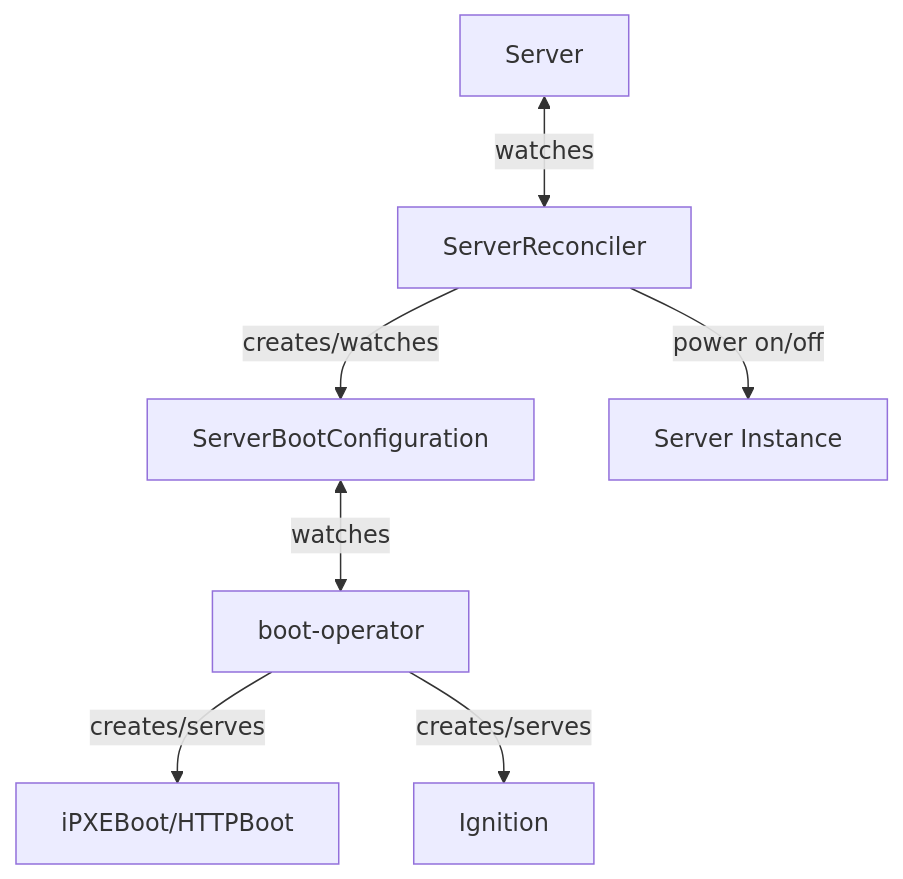
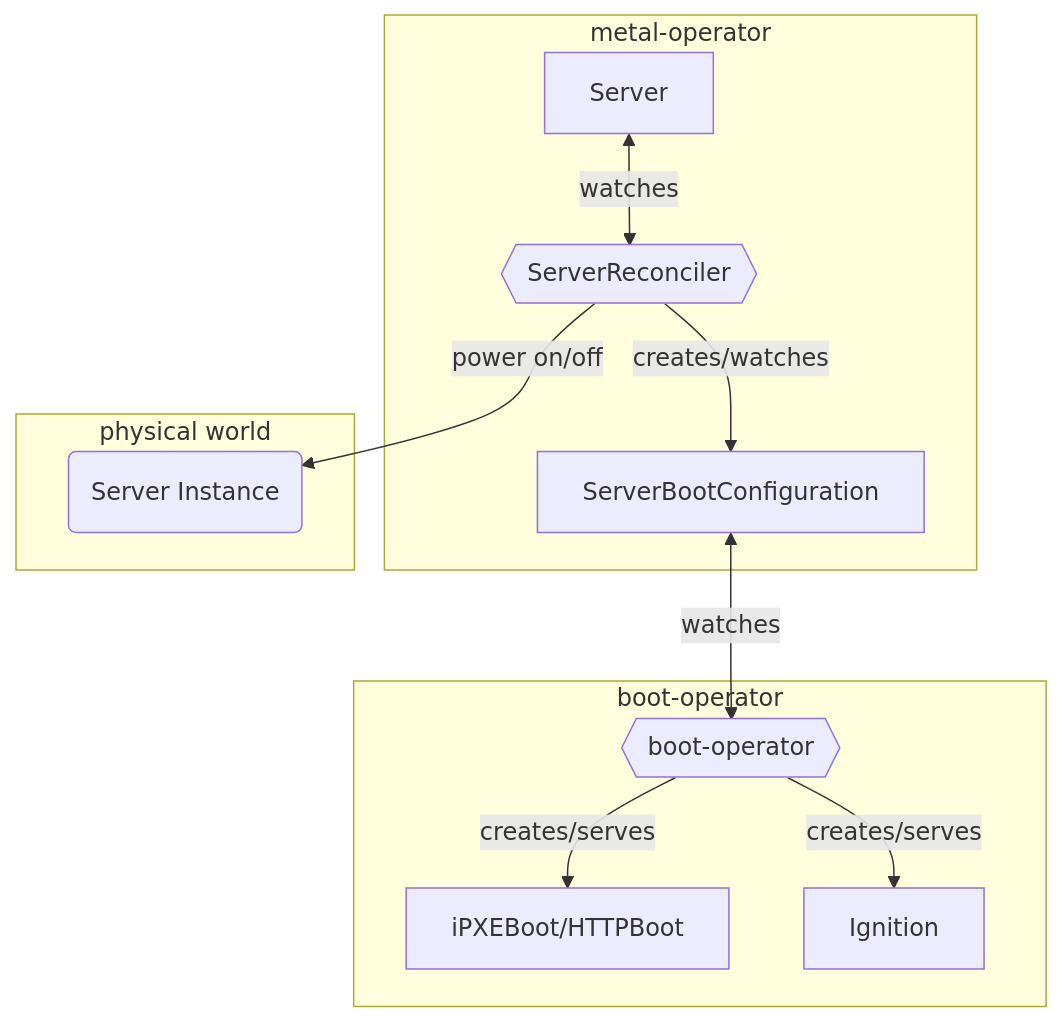
The second of 2 diagrams in docs/baremetal/architecture/discovery.md (opensovereigncloud/docs), drawn with Mermaid before and after one commit. The commit also changed other lines of this file and 1 other file, not shown here.

Commit message:
Add BM provisioning documentation (#79)

````diff
--- a/docs/baremetal/architecture/discovery.md
+++ b/docs/baremetal/architecture/discovery.md
@@ -118,9 +120,15 @@
 ```mermaid
 graph TD
-    A[Server] <-->|watches| B[ServerReconciler]
-    B --> |creates/watches| C[ServerBootConfiguration]
-    B --> |power on/off| J[Server Instance]
-    C <--> |watches| D[boot-operator]
-    D --> |creates/serves| E[iPXEBoot/HTTPBoot]
-    D --> |creates/serves| F[Ignition]
+    subgraph metal-operator
+       A[Server] <-->|watches| B{{ServerReconciler}}
+       B --> |creates/watches| C[ServerBootConfiguration]
+    end
+    subgraph physical world
+       B --> |power on/off| J(Server Instance)
+    end
+    subgraph boot-operator
+       C <--> |watches| D{{boot-operator}}
+       D --> |creates/serves| E[iPXEBoot/HTTPBoot]
+       D --> |creates/serves| F[Ignition]
+    end 
 ```
````
